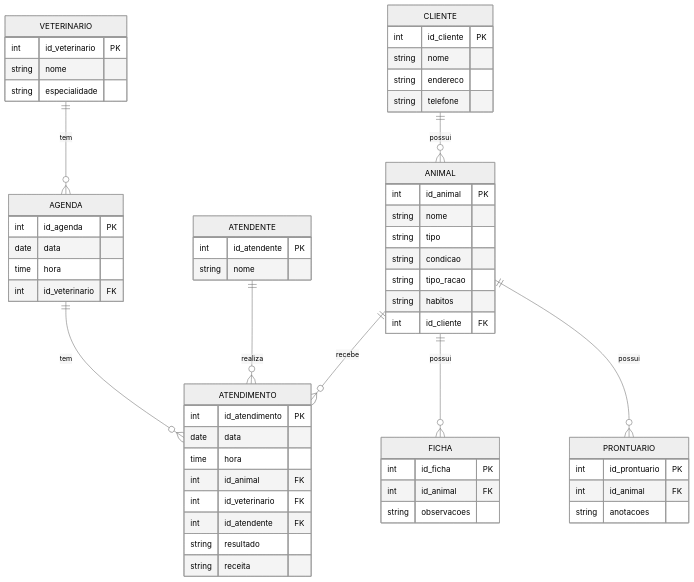
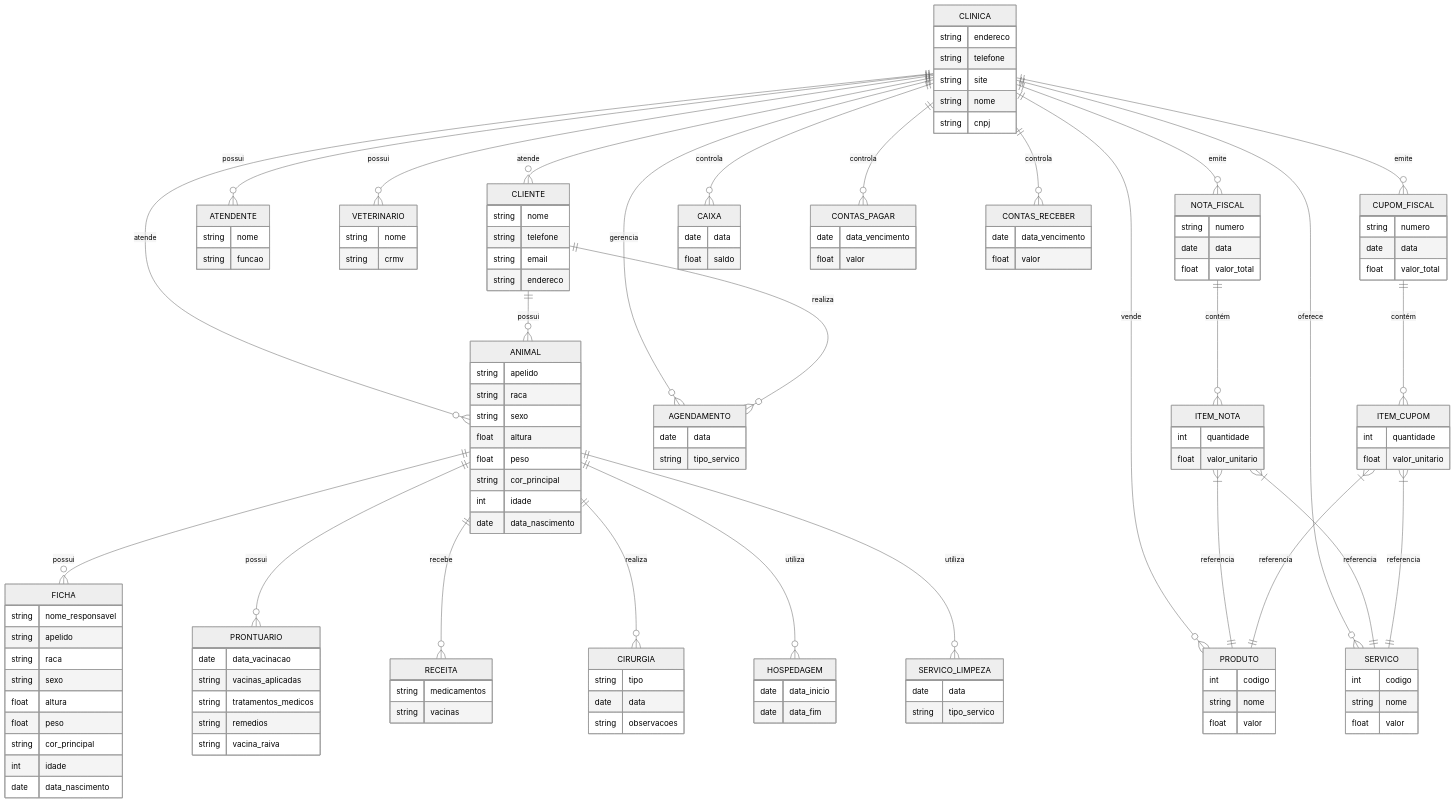
Before and after one commit to monteiro74/projeto_exemplo_engenharia_software: the first of 5 diagrams in README.md, drawn with Mermaid (neutral theme). The commit also changed other lines of this file, not shown here.

````diff
--- a/README.md
+++ b/README.md
@@ -203,70 +213,164 @@
 ```mermaid
 
+
 erDiagram
-    CLIENTE {
-        int id_cliente PK
-        string nome
+    CLINICA ||--o{ CLIENTE : "atende"
+    CLINICA ||--o{ ANIMAL : "atende"
+    CLINICA ||--o{ ATENDENTE : "possui"
+    CLINICA ||--o{ VETERINARIO : "possui"
+    CLINICA ||--o{ AGENDAMENTO : "gerencia"
+    CLINICA ||--o{ NOTA_FISCAL : "emite"
+    CLINICA ||--o{ CUPOM_FISCAL : "emite"
+    CLINICA ||--o{ PRODUTO : "vende"
+    CLINICA ||--o{ SERVICO : "oferece"
+    CLINICA ||--o{ CAIXA : "controla"
+    CLINICA ||--o{ CONTAS_PAGAR : "controla"
+    CLINICA ||--o{ CONTAS_RECEBER : "controla"
+    CLINICA {
         string endereco
         string telefone
+        string site
+        string nome
+        string cnpj
     }
 
+    CLIENTE ||--o{ ANIMAL : "possui"
+    CLIENTE ||--o{ AGENDAMENTO : "realiza"
+    CLIENTE {
+        string nome
+        string telefone
+        string email
+        string endereco
+    }
+
+    ANIMAL ||--o{ FICHA : "possui"
+    ANIMAL ||--o{ PRONTUARIO : "possui"
+    ANIMAL ||--o{ RECEITA : "recebe"
+    ANIMAL ||--o{ CIRURGIA : "realiza"
+    ANIMAL ||--o{ HOSPEDAGEM : "utiliza"
+    ANIMAL ||--o{ SERVICO_LIMPEZA : "utiliza"
     ANIMAL {
-        int id_animal PK
+        string apelido
+        string raca
+        string sexo
+        float altura
+        float peso
+        string cor_principal
+        int idade
+        date data_nascimento
+    }
+
+    FICHA {
+        string nome_responsavel
+        string apelido
+        string raca
+        string sexo
+        float altura
+        float peso
+        string cor_principal
+        int idade
+        date data_nascimento
+    }
+
+    PRONTUARIO {
+        date data_vacinacao
+        string vacinas_aplicadas
+        string tratamentos_medicos
+        string remedios
+        string vacina_raiva
+    }
+
+    RECEITA {
+        string medicamentos
+        string vacinas
+    }
+
+    CIRURGIA {
+        string tipo
+        date data
+        string observacoes
+    }
+
+    HOSPEDAGEM {
+        date data_inicio
+        date data_fim
+    }
+
+    SERVICO_LIMPEZA {
+        date data
+        string tipo_servico
+    }
+
+    ATENDENTE {
         string nome
-        string tipo
-        string condicao
-        string tipo_racao
-        string habitos
-        int id_cliente FK
+        string funcao
     }
 
     VETERINARIO {
-        int id_veterinario PK
         string nome
-        string especialidade
+        string crmv
     }
 
-    ATENDENTE {
-        int id_atendente PK
-        string nome
+    AGENDAMENTO {
+        date data
+        string tipo_servico
     }
 
-    AGENDA {
-        int id_agenda PK
+    NOTA_FISCAL ||--o{ ITEM_NOTA : "contém"
+    NOTA_FISCAL {
+        string numero
         date data
-        time hora
-        int id_veterinario FK
+        float valor_total
     }
 
-    ATENDIMENTO {
-        int id_atendimento PK
+    CUPOM_FISCAL ||--o{ ITEM_CUPOM : "contém"
+    CUPOM_FISCAL {
+        string numero
         date data
-        time hora
-        int id_animal FK
-        int id_veterinario FK
-        int id_atendente FK
-        string resultado
-        string receita
+        float valor_total
     }
 
-    FICHA {
-        int id_ficha PK
-        int id_animal FK
-        string observacoes
+    ITEM_NOTA {
+        int quantidade
+        float valor_unitario
     }
 
-    PRONTUARIO {
-        int id_prontuario PK
-        int id_animal FK
-        string anotacoes
+    ITEM_CUPOM {
+        int quantidade
+        float valor_unitario
     }
 
-    CLIENTE ||--o{ ANIMAL : possui
-    ANIMAL ||--o{ ATENDIMENTO : recebe
-    VETERINARIO ||--o{ AGENDA : tem
-    AGENDA ||--o{ ATENDIMENTO : tem
-    ATENDENTE ||--o{ ATENDIMENTO : realiza
-    ANIMAL ||--o{ FICHA : possui
-    ANIMAL ||--o{ PRONTUARIO : possui
+    PRODUTO {
+        int codigo
+        string nome
+        float valor
+    }
+
+    SERVICO {
+        int codigo
+        string nome
+        float valor
+    }
+
+    CAIXA {
+        date data
+        float saldo
+    }
+
+    CONTAS_PAGAR {
+        date data_vencimento
+        float valor
+    }
+
+    CONTAS_RECEBER {
+        date data_vencimento
+        float valor
+    }
+
+    ITEM_NOTA }|--|| PRODUTO : "referencia"
+    ITEM_CUPOM }|--|| PRODUTO : "referencia"
+    ITEM_NOTA }|--|| SERVICO : "referencia"
+    ITEM_CUPOM }|--|| SERVICO : "referencia"
+
 
 ```
````
